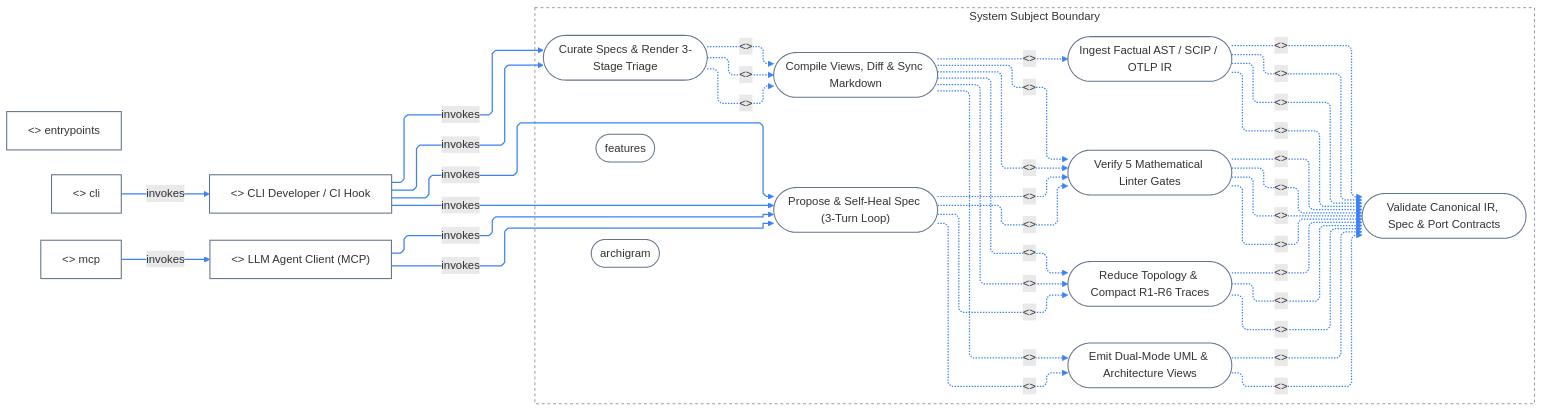
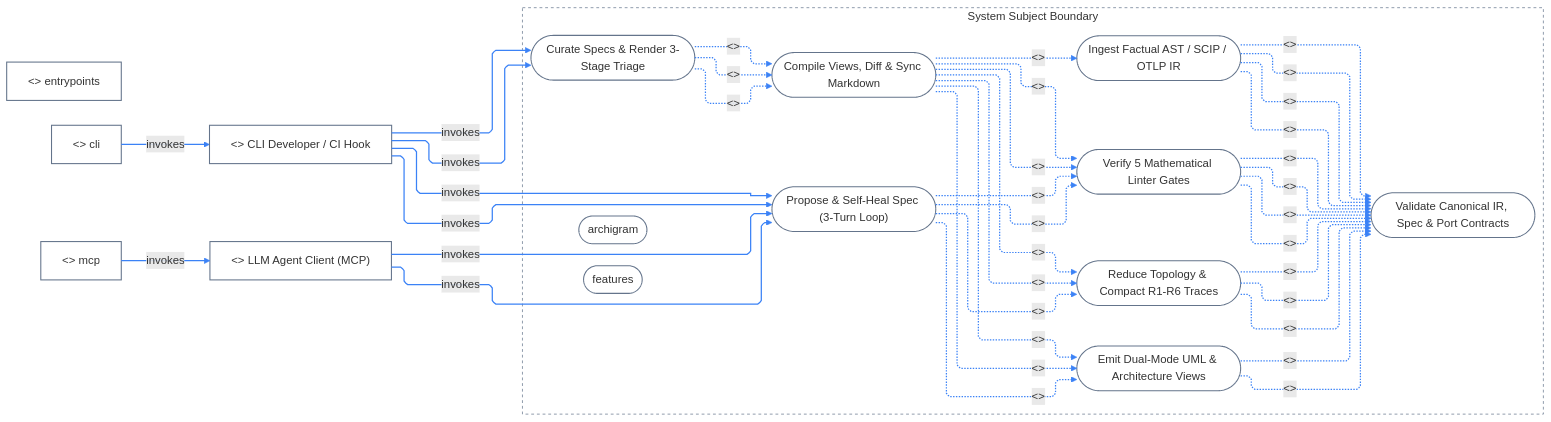
Before and after one commit to klcd/archigram: the fifth of 8 diagrams in docs/architecture/uml-and-curation-showcase.md, drawn with Mermaid. The commit also changed other lines of this file and 86 other files, not shown here.

Commit message:
feat(theme): centralize mermaid theming and fix dark-mode diagrams

````diff
--- a/docs/architecture/uml-and-curation-showcase.md
+++ b/docs/architecture/uml-and-curation-showcase.md
@@ -486,76 +455,68 @@
 ```mermaid
 ---
 config:
   layout: elk
   elk:
     mergeEdges: false
     nodePlacementStrategy: BRANDES_KOEPF
   flowchart:
     defaultRenderer: elk
     curve: linear
-  themeVariables:
-    primaryColor: transparent
-    secondaryColor: transparent
-    tertiaryColor: transparent
-    mainBkg: transparent
-    nodeBorder: '#64748b'
-    clusterBkg: transparent
-    clusterBorder: '#64748b'
-    lineColor: '#64748b'
 ---
 flowchart LR
   classDef default fill:transparent,stroke:#64748b,stroke-width:1.5px
   u0["<<actor>> CLI Developer / CI Hook"]
   u1["<<actor>> LLM Agent Client (MCP)"]
   u3["<<actor>> entrypoints"]
   u4["<<actor>> cli"]
   u5["<<actor>> mcp"]
   subgraph sys_boundary["System Subject Boundary"]
     u2(["archigram"])
     u6(["features"])
     u7(["Compile Views, Diff & Sync Markdown"])
     u8(["Curate Specs & Render 3-Stage Triage"])
     u9(["Validate Canonical IR, Spec & Port Contracts"])
     u10(["Emit Dual-Mode UML & Architecture Views"])
     u11(["Ingest Factual AST / SCIP / OTLP IR"])
     u12(["Propose & Self-Heal Spec (3-Turn Loop)"])
     u13(["Reduce Topology & Compact R1-R6 Traces"])
     u14(["Verify 5 Mathematical Linter Gates"])
   end
   style sys_boundary fill:transparent,stroke:#64748b,stroke-width:1px,stroke-dasharray:4 4
   u4 -->|"invokes"| u0
   u5 -->|"invokes"| u1
   u8 -.->|"<<include>>"| u7
   u8 -.->|"<<include>>"| u7
   u8 -.->|"<<include>>"| u7
   u0 -->|"invokes"| u8
   u0 -->|"invokes"| u8
   u14 -.->|"<<include>>"| u9
   u10 -.->|"<<include>>"| u9
   u13 -.->|"<<include>>"| u9
   u14 -.->|"<<include>>"| u9
   u14 -.->|"<<include>>"| u9
   u14 -.->|"<<include>>"| u9
   u11 -.->|"<<include>>"| u9
   u11 -.->|"<<include>>"| u9
   u11 -.->|"<<include>>"| u9
   u11 -.->|"<<include>>"| u9
   u13 -.->|"<<include>>"| u9
   u10 -.->|"<<include>>"| u9
   u13 -.->|"<<include>>"| u9
   u7 -.->|"<<include>>"| u10
+  u7 -.->|"<<include>>"| u10
   u12 -.->|"<<include>>"| u10
   u7 -.->|"<<include>>"| u11
   u12 -.->|"<<include>>"| u14
   u7 -.->|"<<include>>"| u14
   u7 -.->|"<<include>>"| u14
   u12 -.->|"<<include>>"| u14
   u1 -->|"invokes"| u12
   u1 -->|"invokes"| u12
   u0 -->|"invokes"| u12
   u0 -->|"invokes"| u12
   u7 -.->|"<<include>>"| u13
   u7 -.->|"<<include>>"| u13
   u12 -.->|"<<include>>"| u13
-  linkStyle 0,1,2,3,4,5,6,7,8,9,10,11,12,13,14,15,16,17,18,19,20,21,22,23,24,25,26,27,28,29,30,31,32,33 stroke:#3b82f6,stroke-width:1.75px
+  linkStyle 0,1,2,3,4,5,6,7,8,9,10,11,12,13,14,15,16,17,18,19,20,21,22,23,24,25,26,27,28,29,30,31,32,33,34 stroke:#3b82f6,stroke-width:1.75px
 ```
````
